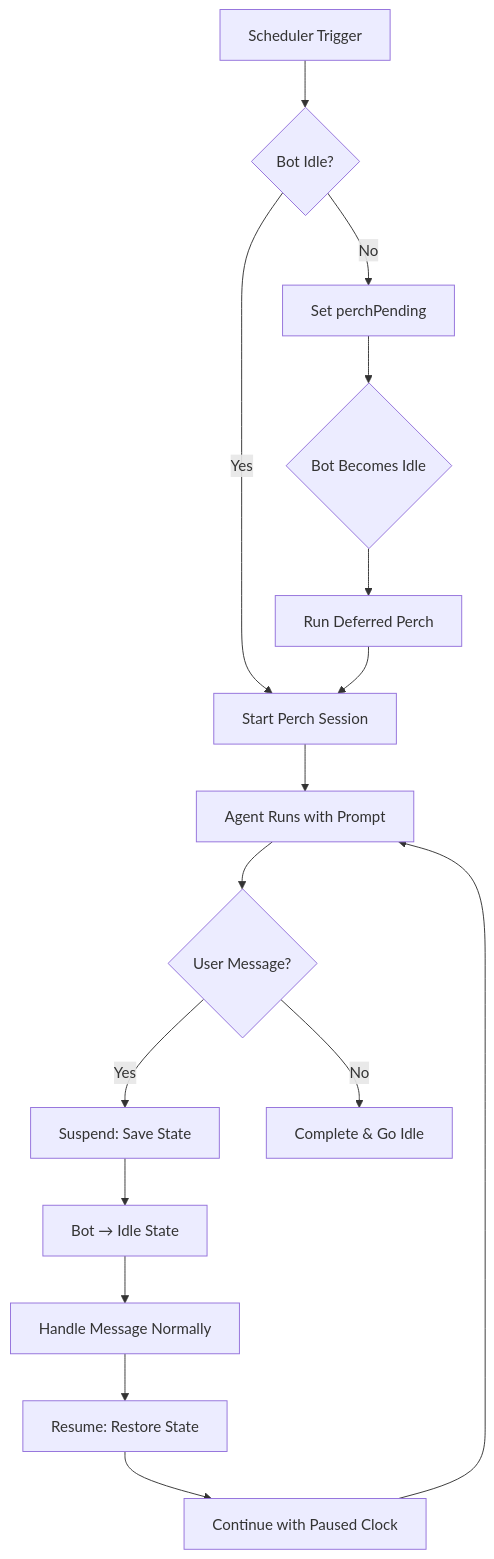
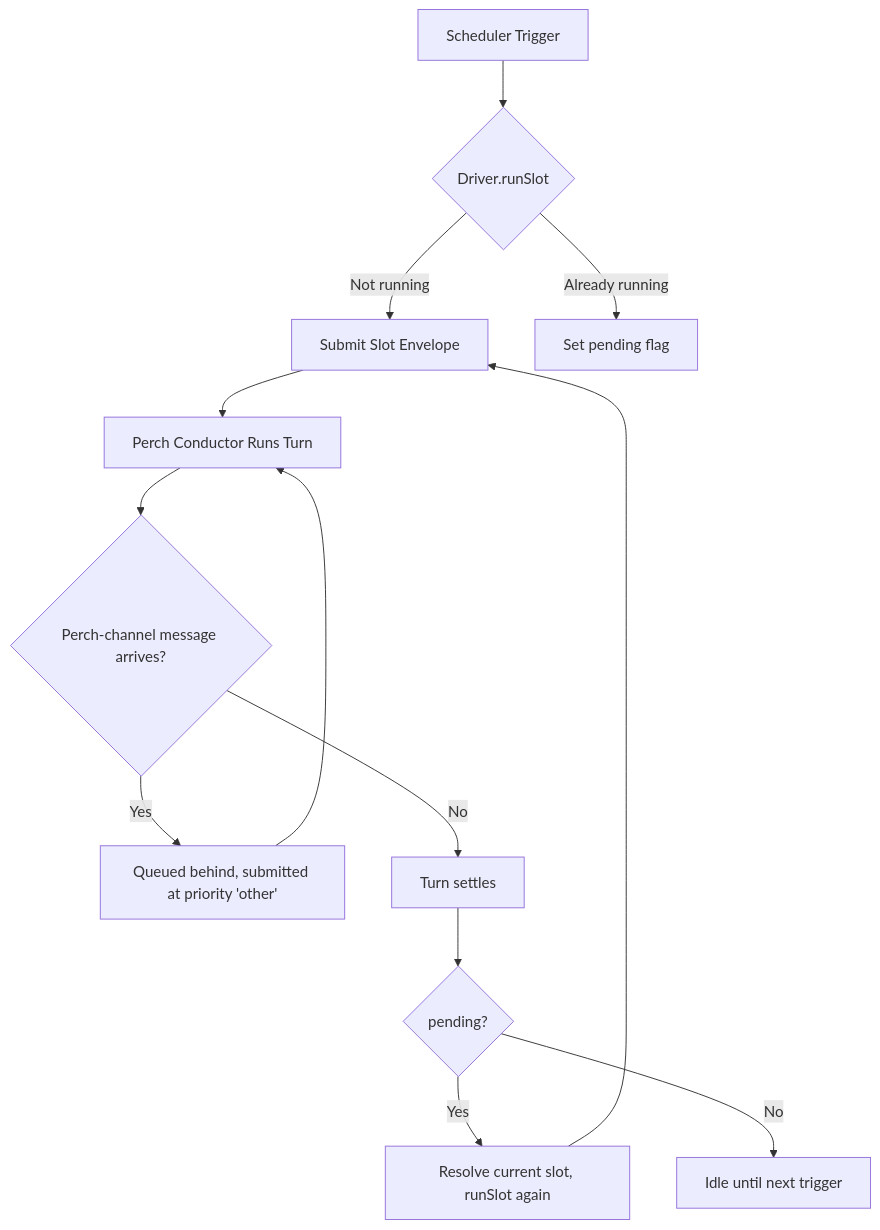
Before and after one commit to hughescr/isambard: the diagram in src/agent/perch/README.md, drawn with Mermaid. The commit also changed other lines of this file and 56 other files, not shown here.

````diff
--- a/src/agent/perch/README.md
+++ b/src/agent/perch/README.md
@@ -83,18 +87,15 @@
 ```mermaid
 graph TD
-    A[Scheduler Trigger] --> B{Bot Idle?}
-    B -->|Yes| C[Start Perch Session]
-    B -->|No| D[Set perchPending]
-    D --> E{Bot Becomes Idle}
-    E --> F[Run Deferred Perch]
-    F --> C
-    C --> G[Agent Runs with Prompt]
-    G --> H{User Message?}
-    H -->|Yes| I[Suspend: Save State]
-    H -->|No| J[Complete & Go Idle]
-    I --> K[Bot → Idle State]
-    K --> L[Handle Message Normally]
-    L --> M[Resume: Restore State]
-    M --> N[Continue with Paused Clock]
-    N --> G
+    A[Scheduler Trigger] --> B{Driver.runSlot}
+    B -->|Not running| C[Submit Slot Envelope]
+    B -->|Already running| D[Set pending flag]
+    C --> E[Perch Conductor Runs Turn]
+    E --> F{Perch-channel message arrives?}
+    F -->|Yes| G[Queued behind, submitted at priority 'other']
+    G --> E
+    F -->|No| H[Turn settles]
+    H --> I{pending?}
+    I -->|Yes| J[Resolve current slot, runSlot again]
+    J --> C
+    I -->|No| K[Idle until next trigger]
 ```
````
